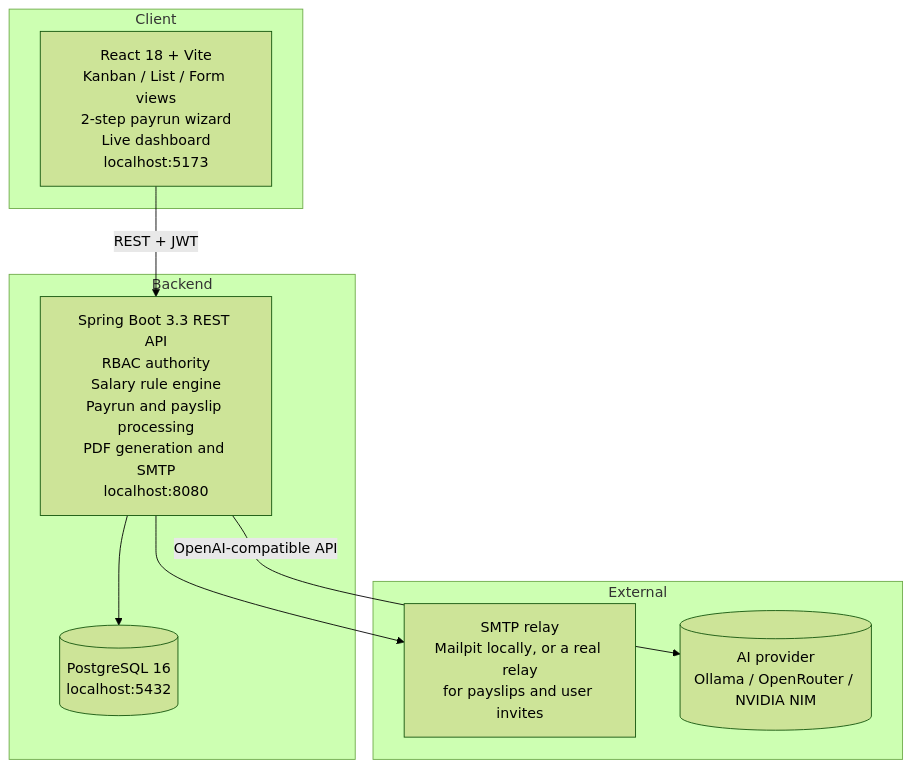
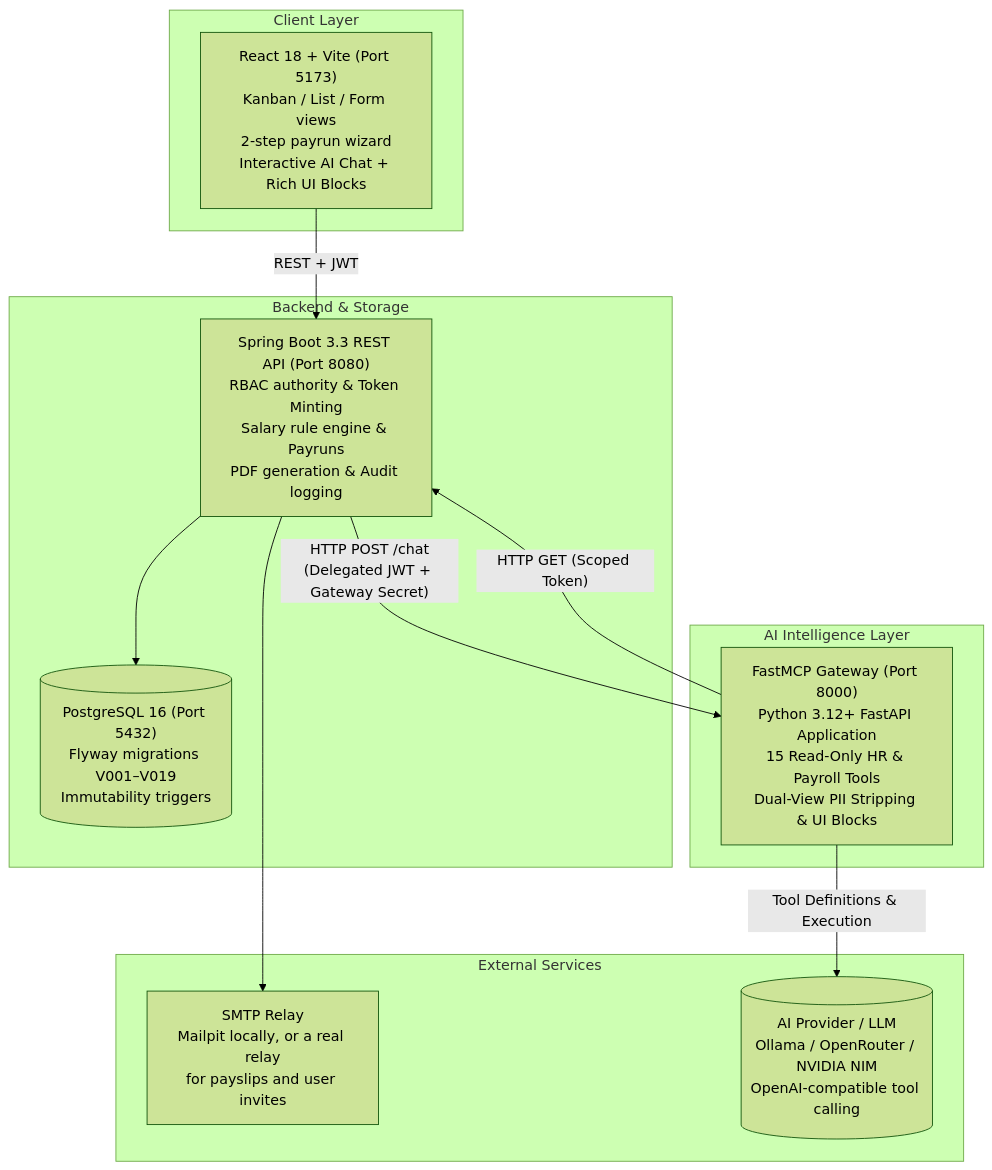
Before and after one commit to Piyushtanwani/PeoplePay360-HR-Payroll: the diagram in README.md, drawn with Mermaid (forest theme). The commit also changed other lines of this file and 3 other files, not shown here.

````diff
--- a/README.md
+++ b/README.md
@@ -19,21 +17,27 @@
 ```mermaid
 flowchart TD
-    subgraph Client
-        FE["React 18 + Vite<br/>Kanban / List / Form views<br/>2-step payrun wizard<br/>Live dashboard<br/>localhost:5173"]
+    subgraph Client ["Client Layer"]
+        FE["React 18 + Vite (Port 5173)<br/>Kanban / List / Form views<br/>2-step payrun wizard<br/>Interactive AI Chat + Rich UI Blocks"]
     end
 
-    subgraph Backend
-        BE["Spring Boot 3.3 REST API<br/>RBAC authority<br/>Salary rule engine<br/>Payrun and payslip processing<br/>PDF generation and SMTP<br/>localhost:8080"]
-        DB[("PostgreSQL 16<br/>localhost:5432")]
+    subgraph Backend ["Backend & Storage"]
+        BE["Spring Boot 3.3 REST API (Port 8080)<br/>RBAC authority & Token Minting<br/>Salary rule engine & Payruns<br/>PDF generation & Audit logging"]
+        DB[("PostgreSQL 16 (Port 5432)<br/>Flyway migrations V001–V019<br/>Immutability triggers")]
     end
 
-    subgraph External
-        MAIL["SMTP relay<br/>Mailpit locally, or a real relay<br/>for payslips and user invites"]
-        LLM[("AI provider<br/>Ollama / OpenRouter / NVIDIA NIM")]
+    subgraph Intelligence ["AI Intelligence Layer"]
+        MCP["FastMCP Gateway (Port 8000)<br/>Python 3.12+ FastAPI Application<br/>15 Read-Only HR & Payroll Tools<br/>Dual-View PII Stripping & UI Blocks"]
+    end
+
+    subgraph External ["External Services"]
+        MAIL["SMTP Relay<br/>Mailpit locally, or a real relay<br/>for payslips and user invites"]
+        LLM[("AI Provider / LLM<br/>Ollama / OpenRouter / NVIDIA NIM<br/>OpenAI-compatible tool calling")]
     end
 
     FE -- "REST + JWT" --> BE
     BE --> DB
     BE --> MAIL
-    BE -- "OpenAI-compatible API" --> LLM
+    BE -- "HTTP POST /chat<br/>(Delegated JWT + Gateway Secret)" --> MCP
+    MCP -- "HTTP GET (Scoped Token)" --> BE
+    MCP -- "Tool Definitions & Execution" --> LLM
 ```
````
